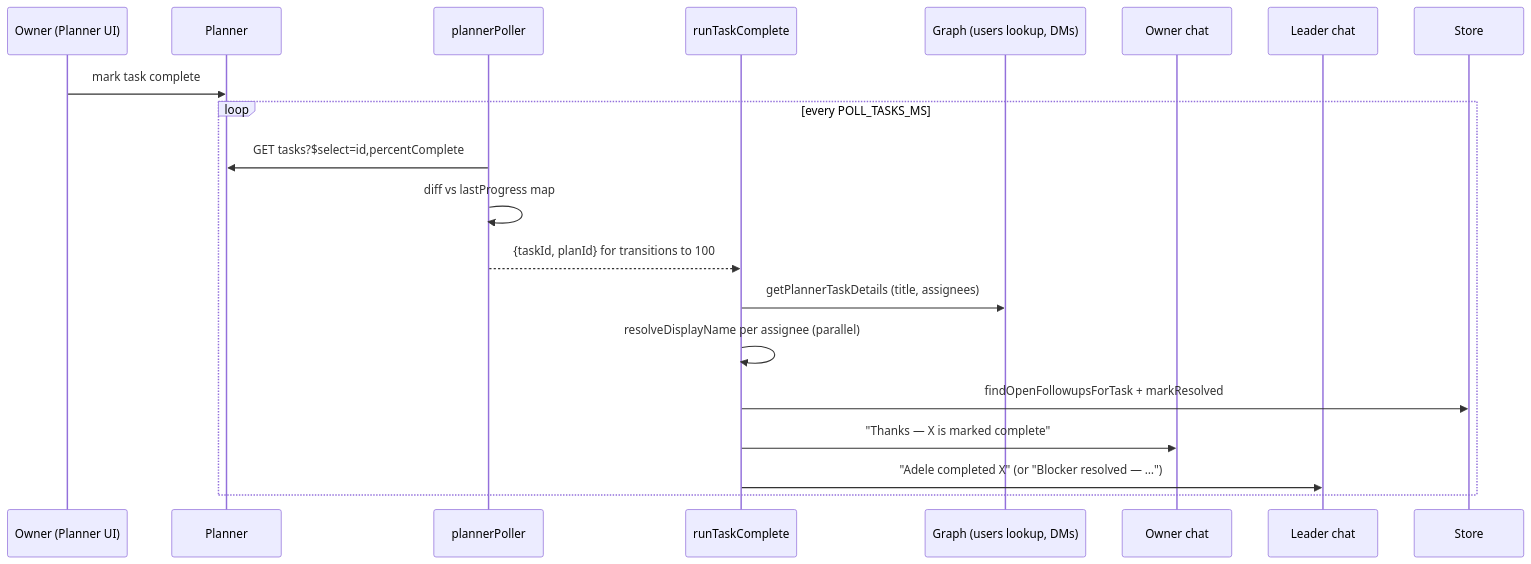
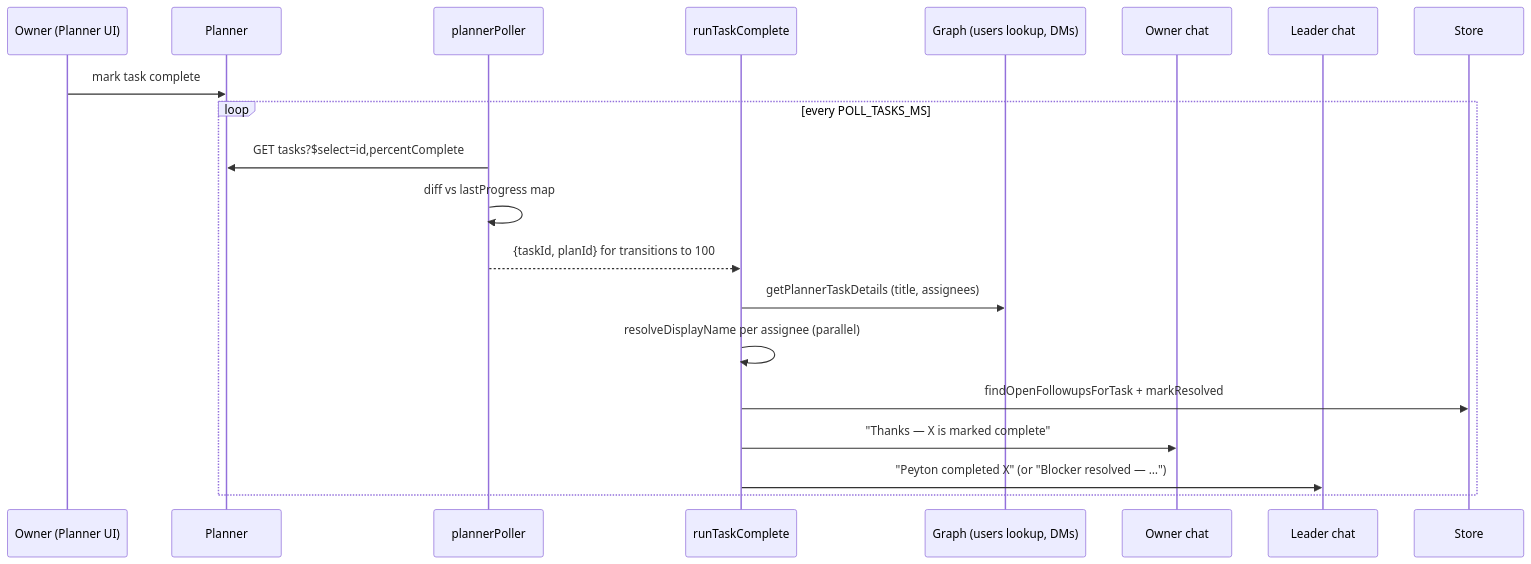
Before and after one commit to microsoft/Agent365-Samples: the seventh of 9 diagrams in scenarios/chief-of-staff/DESIGN.md, drawn with Mermaid. The commit also changed other lines of this file and 17 other files, not shown here.

````diff
--- a/scenarios/chief-of-staff/DESIGN.md
+++ b/scenarios/chief-of-staff/DESIGN.md
@@ -413,22 +413,22 @@
 ```mermaid
 sequenceDiagram
   participant Owner as Owner (Planner UI)
   participant P as Planner
   participant Poller as plannerPoller
   participant TC as runTaskComplete
   participant Graph as Graph (users lookup, DMs)
   participant OwnerDM as Owner chat
   participant Leader as Leader chat
 
   Owner->>P: mark task complete
   loop every POLL_TASKS_MS
     Poller->>P: GET tasks?$select=id,percentComplete
     Poller->>Poller: diff vs lastProgress map
     Poller-->>TC: {taskId, planId} for transitions to 100
     TC->>Graph: getPlannerTaskDetails (title, assignees)
     TC->>TC: resolveDisplayName per assignee (parallel)
     TC->>Store: findOpenFollowupsForTask + markResolved
     TC->>OwnerDM: "Thanks — X is marked complete"
-    TC->>Leader: "Adele completed X" (or "Blocker resolved — …")
+    TC->>Leader: "Peyton completed X" (or "Blocker resolved — …")
   end
 ```
````
